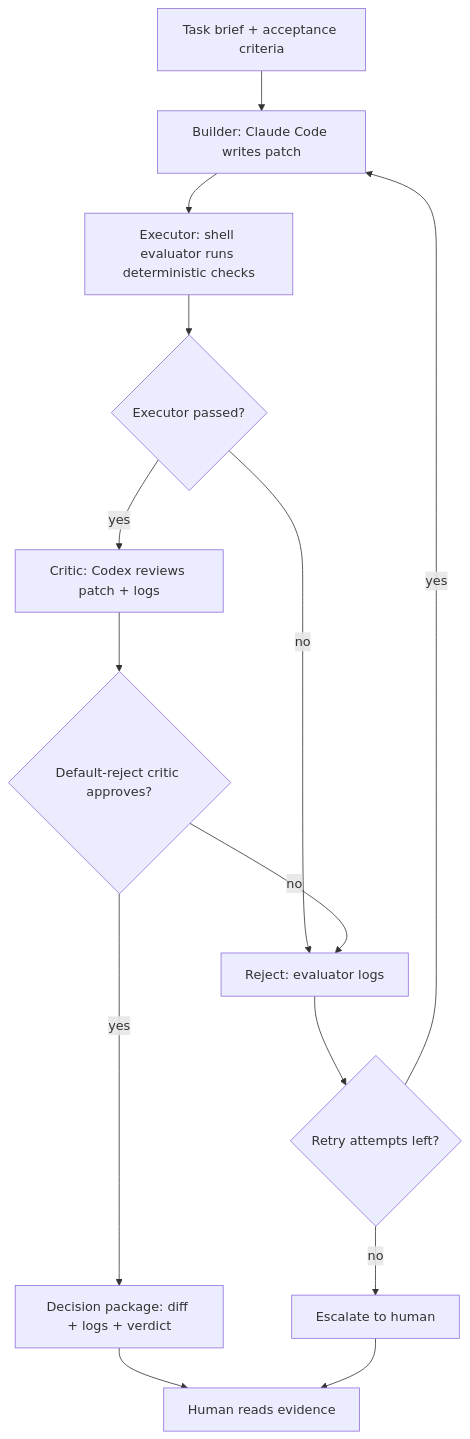
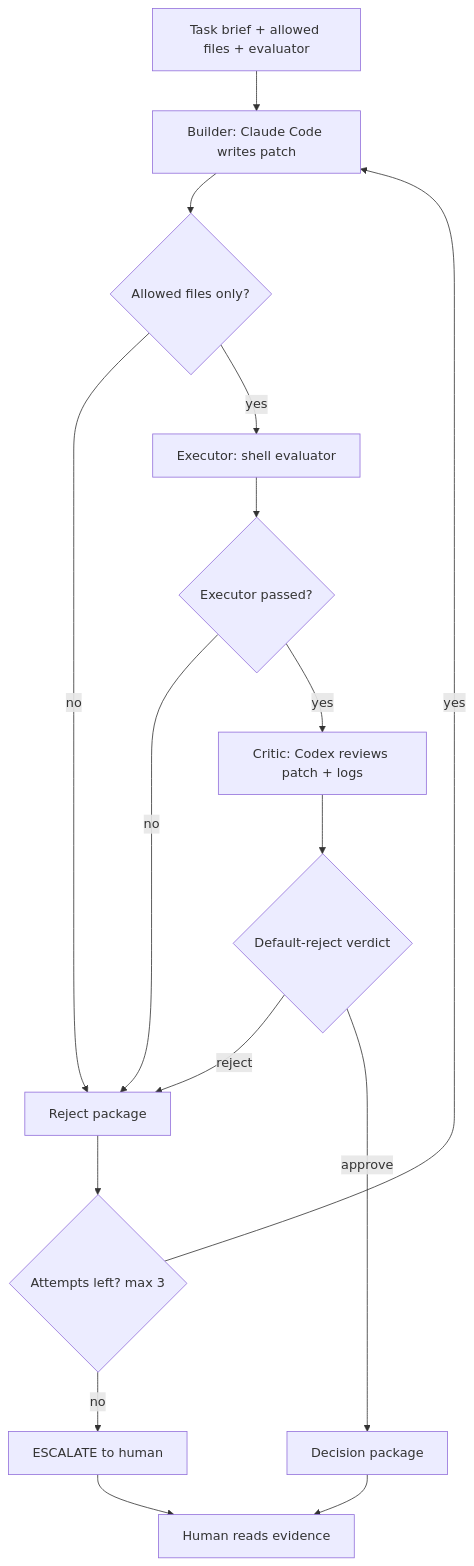
One commit to Jasper-aa64/HFT-wf changed the first of 2 diagrams in 02-Agent-Driven Workflow/05. Overclock CLI MVP Status.md. Above: the diagram before and after it, drawn with Mermaid. The commit also changed other lines of this file and 1 other file, not shown here.

First line of the commit message:
docs: Update status to Overclock Lite+ with retry loop

````diff
--- a/02-Agent-Driven Workflow/05. Overclock CLI MVP Status.md
+++ b/02-Agent-Driven Workflow/05. Overclock CLI MVP Status.md
@@ -89,20 +159,18 @@
 ```mermaid
 flowchart TD
-    Brief["Task brief + acceptance criteria"] --> Builder["Builder: Claude Code writes patch"]
-    Builder --> Executor["Executor: shell evaluator runs deterministic checks"]
+    Brief["Task brief + allowed files + evaluator"] --> Builder["Builder: Claude Code writes patch"]
+    Builder --> Scope{"Allowed files only?"}
+    Scope -->|"no"| Reject["Reject package"]
+    Scope -->|"yes"| Executor["Executor: shell evaluator"]
     Executor --> ExecGate{"Executor passed?"}
-
-    ExecGate -->|"no"| Reject["Reject: evaluator logs"]
+    ExecGate -->|"no"| Reject
     ExecGate -->|"yes"| Critic["Critic: Codex reviews patch + logs"]
-
-    Critic --> CriticGate{"Default-reject critic approves?"}
-    CriticGate -->|"yes"| Package["Decision package: diff + logs + verdict"]
-    CriticGate -->|"no"| Reject
-
-    Reject --> RetryGate{"Retry attempts left?"}
-    RetryGate -->|"yes"| Builder
-    RetryGate -->|"no"| Escalate["Escalate to human"]
-
-    Package --> Human["Human reads evidence"]
+    Critic --> CriticGate{"Default-reject verdict"}
+    CriticGate -->|"reject"| Reject
+    CriticGate -->|"approve"| Decision["Decision package"]
+    Reject --> Retry{"Attempts left? max 3"}
+    Retry -->|"yes"| Builder
+    Retry -->|"no"| Escalate["ESCALATE to human"]
+    Decision --> Human["Human reads evidence"]
     Escalate --> Human
 ```
````
